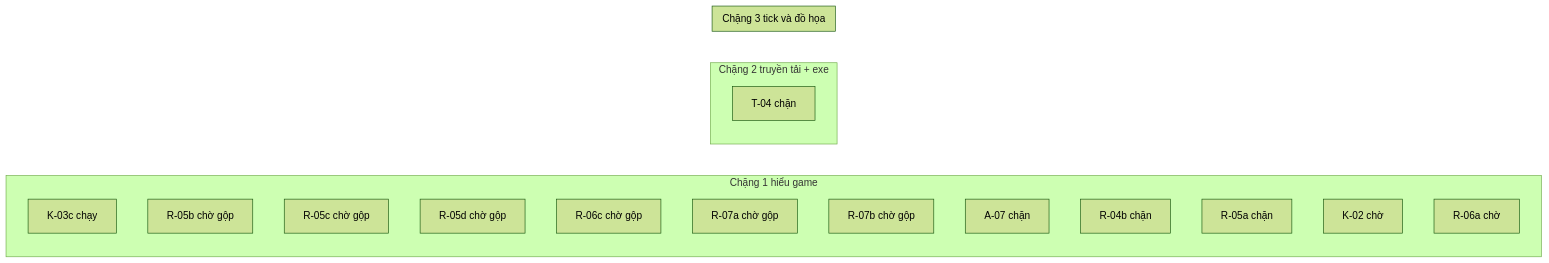
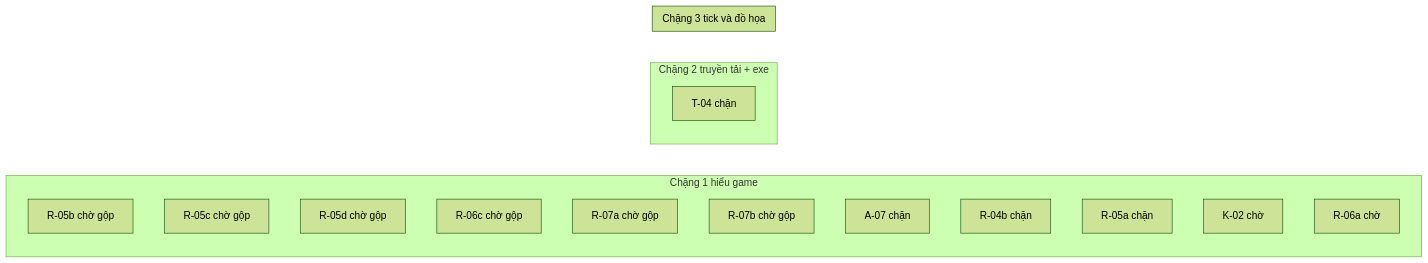
One commit to ndtangoss-dev/jx1-reports changed the diagram in JX1_OPS/STATE/TIEN-DO.md. Above: the diagram before and after it, drawn with Mermaid (forest theme). The commit also changed other lines of this file and 3 other files, not shown here.

````diff
--- a/JX1_OPS/STATE/TIEN-DO.md
+++ b/JX1_OPS/STATE/TIEN-DO.md
@@ -9,22 +9,21 @@
 ```mermaid
 flowchart LR
   subgraph S1["Chặng 1 hiểu game"]
-    K_03c["K-03c chạy"]
     R_05b["R-05b chờ gộp"]
     R_05c["R-05c chờ gộp"]
     R_05d["R-05d chờ gộp"]
     R_06c["R-06c chờ gộp"]
     R_07a["R-07a chờ gộp"]
     R_07b["R-07b chờ gộp"]
     A_07["A-07 chặn"]
     R_04b["R-04b chặn"]
     R_05a["R-05a chặn"]
     K_02["K-02 chờ"]
     R_06a["R-06a chờ"]
   end
   subgraph S2["Chặng 2 truyền tải + exe"]
     T_04["T-04 chặn"]
   end
   subgraph S3["Chặng 3 tick và đồ họa"]
   end
 ```
````
